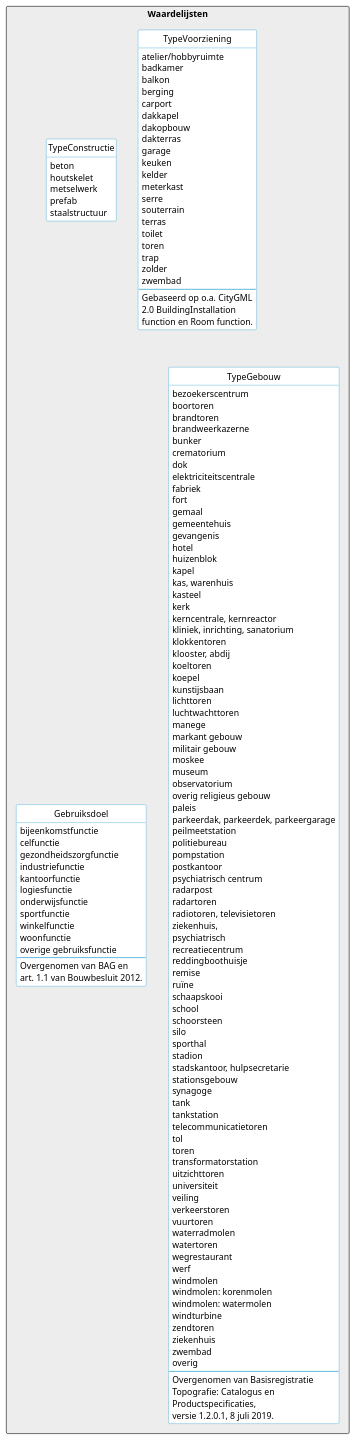
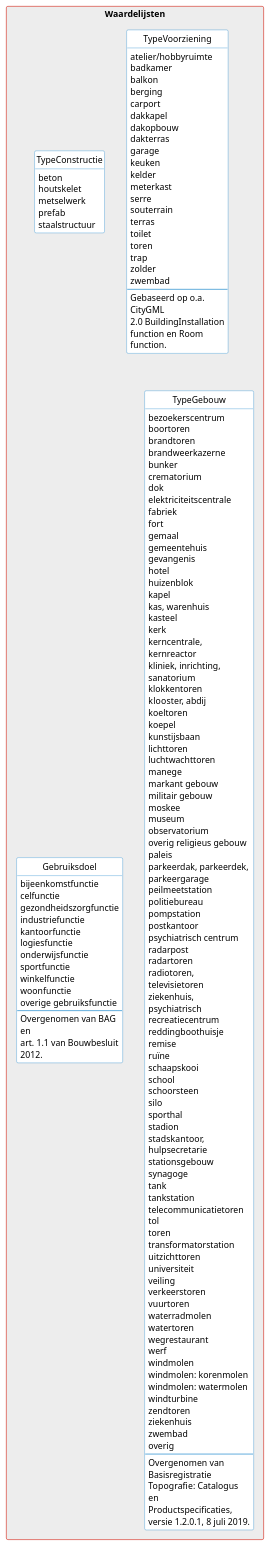
One commit to geobasisregistraties/werkgroep-bouwwerken changed the diagram in model/waardelijsten.puml. Above: the diagram before and after it, drawn with PlantUML.

```diff
--- a/model/waardelijsten.puml
+++ b/model/waardelijsten.puml
@@ -3,11 +3,63 @@
 ' skinparam linetype ortho
 ' skinparam linetype polyline
 
+' --------v-v-v-v-v-v-v-v--------
+' https://www.rijkshuisstijl.nl/organisatiespecifieke-richtlijnen/ministerie-van-binnenlandse-zaken-en-koninkrijksrelaties/deelidentiteit-kerndepartement-bzk
+' https://www.rijkshuisstijl.nl/basiselementen/basiselementen-online/online-kleuren
+'
+' # Communicatiekleuren
+' Het kerndepartement van BZK heeft uit het kleurenpalet van de rijkshuisstijl drie kleuren (elk met tint1 / tint2) gekozen:
+' - Rijksoverheid hemelblauw #007bc7 (#b2d7ee/#d9ebf7)
+' - Rijksoverheid rood #d52b1e (#f2bfbb/#f9dfdd)
+' - Rijksoverheid groen #39870c (#c3dbb6/#e1eddb)
+' Het gebruik van deze kleuren in combinatie met veel wit wordt gestimuleerd.
+'
+' # Tinten voor achtergrondkaders, grafieken en tabellen
+' Voor achtergrondkaders, grafieken en tabellen kunnen 7 neutrale grijstinten of tinten van een communicatiekleur in stappen van 20% worden toegepast. Voor tekstachtergrond wordt grijstint1 of communicatiekleur tint2 aanbevolen om aan de contrasteisen voor een goede leesbaarheid te voldoen.
+'
+' Rijksoverheid grijs 1 #f3f3f3
+' Rijksoverheid grijs 2 #e6e6e6
+' Rijksoverheid grijs 3 #cccccc
+' Rijksoverheid grijs 4 #b4b4b4
+' Rijksoverheid grijs 5 #999999
+' Rijksoverheid grijs 6 #696969
+' Rijksoverheid grijs 7 #535353
+
+' skinparam linetype ortho
+' skinparam linetype polyline
+' --------^-^-^-^-^-^-^-^--------
+
+skinparam WrapWidth 165
+
+skinparam Shadowing false
+
+skinparam classAttributeIconSize 0
+
 skinparam class {
+    ArrowColor #39870c
+'     ArrowMessageAlignment center
+    ArrowThickness 1.5
     BackgroundColor #ffffff
-    BorderColor #008dc9
-    ArrowColor #00387d
-    ArrowThickness 1.5
+    BorderColor #007bc7
+    BorderColor<<extern>> #999999
+    FontColor<<extern>> #999999
+'     FontName RijksoverheidSansText
+'     StereotypeFontStyle italic
+}
+
+skinparam note {
+    BackgroundColor #fdf6bb
+    BorderColor #f9e11e
+    FontColor #01689b
+'     FontName RijksoverheidSansText
+}
+
+skinparam package {
+    BorderColor #d52b1e
+    FontColor #d52b1e
+'     FontName RijksoverheidSansText
+    FontStyle normal
+    Style rectangle
 }
 
 hide empty members
```
